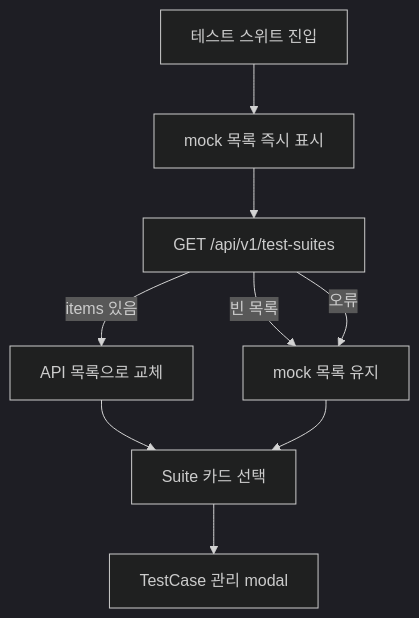
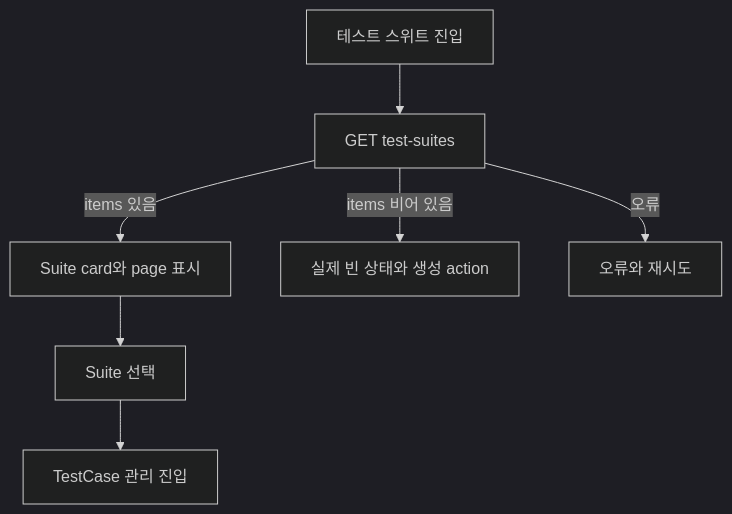
The second of 6 diagrams in docs/product/user-flows.md (GuardBench/guardbench-frontend), drawn with Mermaid (dark theme) before and after one commit. The commit also changed other lines of this file and 1 other file, not shown here.

````diff
--- a/docs/product/user-flows.md
+++ b/docs/product/user-flows.md
@@ -74,11 +57,9 @@
 ```mermaid
 flowchart TD
-    A[테스트 스위트 진입] --> B[mock 목록 즉시 표시]
-    B --> C[GET /api/v1/test-suites]
-    C -->|items 있음| D[API 목록으로 교체]
-    C -->|빈 목록| E[mock 목록 유지]
-    C -->|오류| E
-    D --> F[Suite 카드 선택]
-    E --> F
-    F --> G[TestCase 관리 modal]
+    A[테스트 스위트 진입] --> B[GET test-suites]
+    B -->|items 있음| C[Suite card와 page 표시]
+    B -->|items 비어 있음| D[실제 빈 상태와 생성 action]
+    B -->|오류| E[오류와 재시도]
+    C --> F[Suite 선택]
+    F --> G[TestCase 관리 진입]
 ```
````
